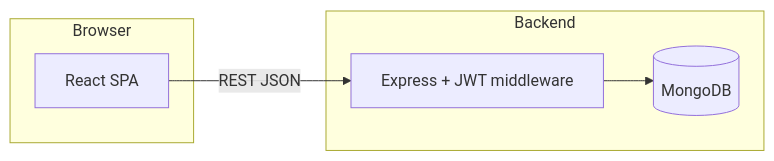
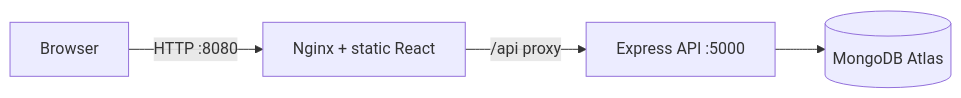
One commit to ismail-at-git/devops-internship-project changed the diagram in README.md. Above: the diagram before and after it, drawn with Mermaid. The commit also changed other lines of this file and 4 other files, not shown here.

First line of the commit message:
Phase 2: Docker Compose with Atlas, Nginx API proxy, Alpine wget.

````diff
--- a/README.md
+++ b/README.md
@@ -71,12 +75,6 @@
 ```mermaid
 flowchart LR
-  subgraph client [Browser]
-    CRA[React SPA]
-  end
-  subgraph api [Backend]
-    Express[Express + JWT middleware]
-    Mongo[(MongoDB)]
-  end
-  CRA -->|REST JSON| Express
-  Express --> Mongo
+  Browser -->|HTTP :8080| Nginx[Nginx + static React]
+  Nginx -->|/api proxy| Express[Express API :5000]
+  Express --> Atlas[(MongoDB Atlas)]
 ```
````
